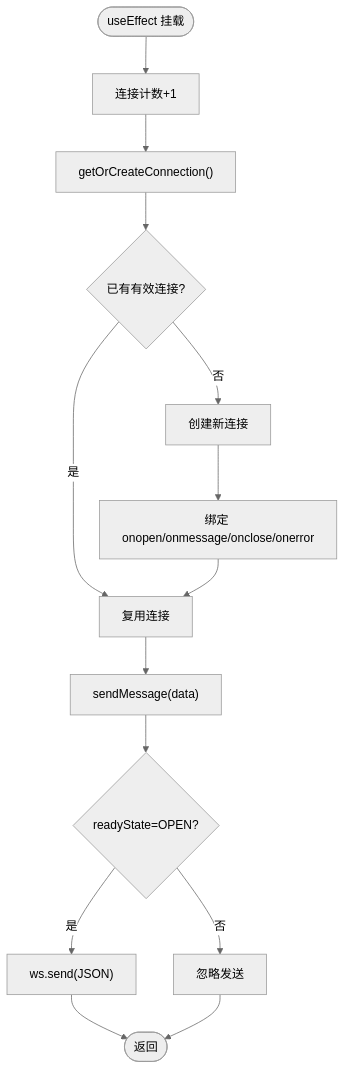
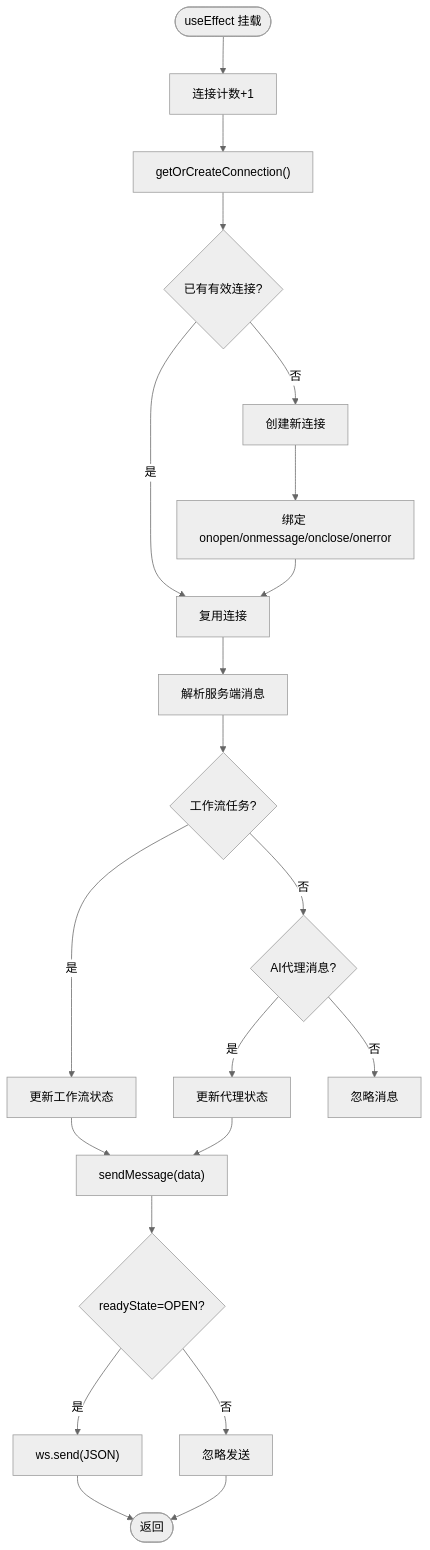
The third of 9 diagrams in .qoder/repowiki/zh/content/前端应用/WebSocket 通信.md (billye220670/CorineKit_Pix2Real), drawn with Mermaid (neutral theme) before and after one commit. The commit also changed other lines of this file and 20 other files, not shown here.

````diff
--- a/.qoder/repowiki/zh/content/前端应用/WebSocket 通信.md
+++ b/.qoder/repowiki/zh/content/前端应用/WebSocket 通信.md
@@ -110,16 +158,23 @@
 ```mermaid
 flowchart TD
 Start(["useEffect 挂载"]) --> Inc["连接计数+1"]
 Inc --> GetConn["getOrCreateConnection()"]
 GetConn --> ConnReady{"已有有效连接?"}
 ConnReady --> |是| UseConn["复用连接"]
 ConnReady --> |否| NewConn["创建新连接"]
 NewConn --> Setup["绑定 onopen/onmessage/onclose/onerror"]
 Setup --> UseConn
-UseConn --> Send["sendMessage(data)"]
+UseConn --> ParseMsg["解析服务端消息"]
+ParseMsg --> WorkFlow{"工作流任务?"}
+WorkFlow --> |是| UpdateWF["更新工作流状态"]
+WorkFlow --> |否| AgentMsg{"AI代理消息?"}
+AgentMsg --> |是| UpdateAgent["更新代理状态"]
+AgentMsg --> |否| Ignore["忽略消息"]
+UpdateWF --> Send["sendMessage(data)"]
+UpdateAgent --> Send
 Send --> Ready{"readyState=OPEN?"}
 Ready --> |是| WSsend["ws.send(JSON)"]
-Ready --> |否| Ignore["忽略发送"]
+Ready --> |否| Ignore2["忽略发送"]
 WSsend --> End(["返回"])
-Ignore --> End
+Ignore2 --> End
 ```
````
